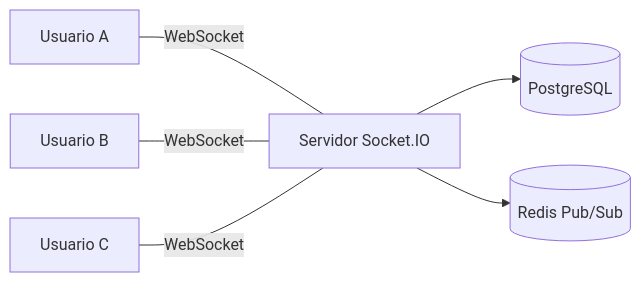
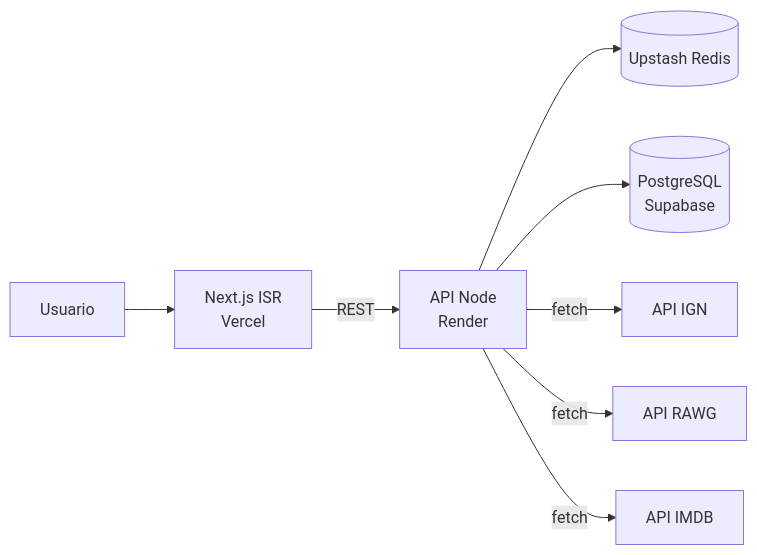
One commit to Umbingelelo/ejercicios-portafolio_titulo-001V changed the tenth of 14 diagrams in Ejercicio_6_Patrones_Arquitectura_y_Despliegue.md. Above: the diagram before and after it, drawn with Mermaid. The commit also changed other lines of this file, not shown here.

````diff
--- a/Ejercicio_6_Patrones_Arquitectura_y_Despliegue.md
+++ b/Ejercicio_6_Patrones_Arquitectura_y_Despliegue.md
@@ -1797,8 +1431,10 @@
 ```mermaid
 flowchart LR
-    U1[Usuario A] ---|WebSocket| WS[Servidor Socket.IO]
-    U2[Usuario B] ---|WebSocket| WS
-    U3[Usuario C] ---|WebSocket| WS
-    WS --> DB[(PostgreSQL)]
-    WS --> CACHE[(Redis Pub/Sub)]
+    U[Usuario] --> NEXT[Next.js ISR<br/>Vercel]
+    NEXT -->|REST| API[API Node<br/>Render]
+    API --> CACHE[(Upstash Redis)]
+    API --> DB[(PostgreSQL<br/>Supabase)]
+    API -->|fetch| EXT1[API IGN]
+    API -->|fetch| EXT2[API RAWG]
+    API -->|fetch| EXT3[API IMDB]
 ```
````
